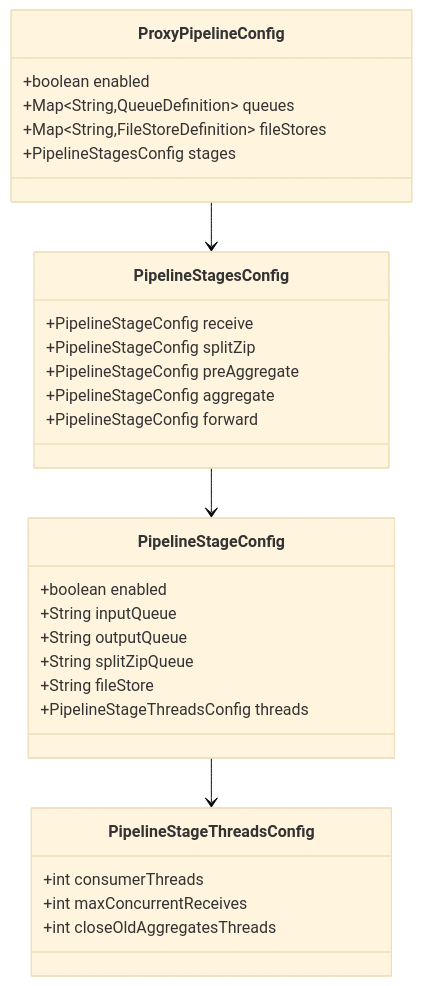
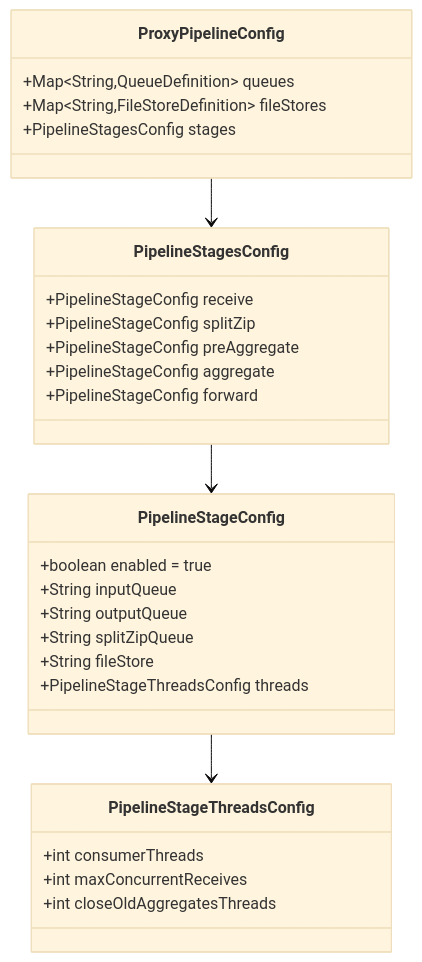
One commit to gchq/stroom changed the fourth of 5 diagrams in stroom-proxy/designs/detailed-design.md. Above: the diagram before and after it, drawn with Mermaid (base theme). The commit also changed other lines of this file and 26 other files, not shown here.

Commit message:
refactor: enable pipeline architecture by default, removing legacy configuration and supporting components.

````diff
--- a/stroom-proxy/designs/detailed-design.md
+++ b/stroom-proxy/designs/detailed-design.md
@@ -234,36 +234,35 @@
 ```mermaid
 classDiagram
     class ProxyPipelineConfig {
-        +boolean enabled
         +Map~String,QueueDefinition~ queues
         +Map~String,FileStoreDefinition~ fileStores
         +PipelineStagesConfig stages
     }
 
     class PipelineStagesConfig {
         +PipelineStageConfig receive
         +PipelineStageConfig splitZip
         +PipelineStageConfig preAggregate
         +PipelineStageConfig aggregate
         +PipelineStageConfig forward
     }
 
     class PipelineStageConfig {
-        +boolean enabled
+        +boolean enabled = true
         +String inputQueue
         +String outputQueue
         +String splitZipQueue
         +String fileStore
         +PipelineStageThreadsConfig threads
     }
 
     class PipelineStageThreadsConfig {
         +int consumerThreads
         +int maxConcurrentReceives
         +int closeOldAggregatesThreads
     }
 
     ProxyPipelineConfig --> PipelineStagesConfig
     PipelineStagesConfig --> PipelineStageConfig
     PipelineStageConfig --> PipelineStageThreadsConfig
 ```
````
